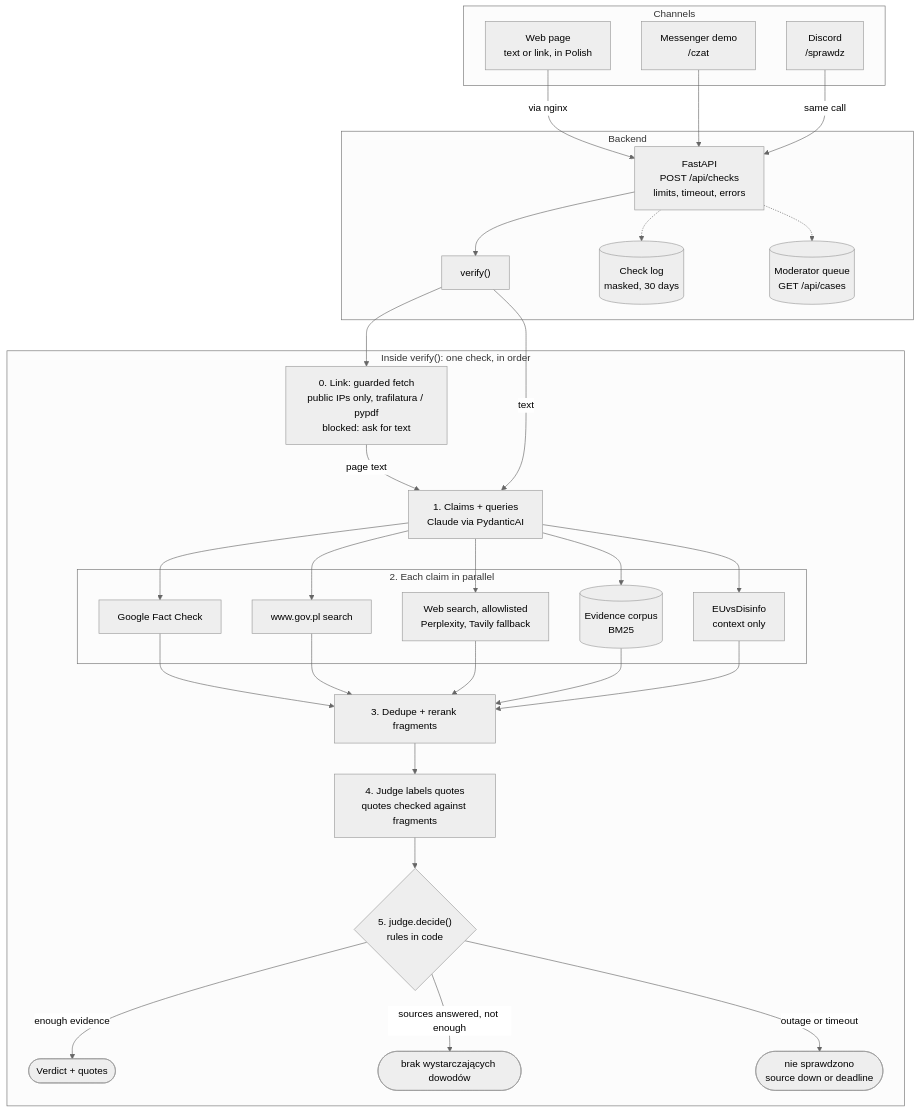
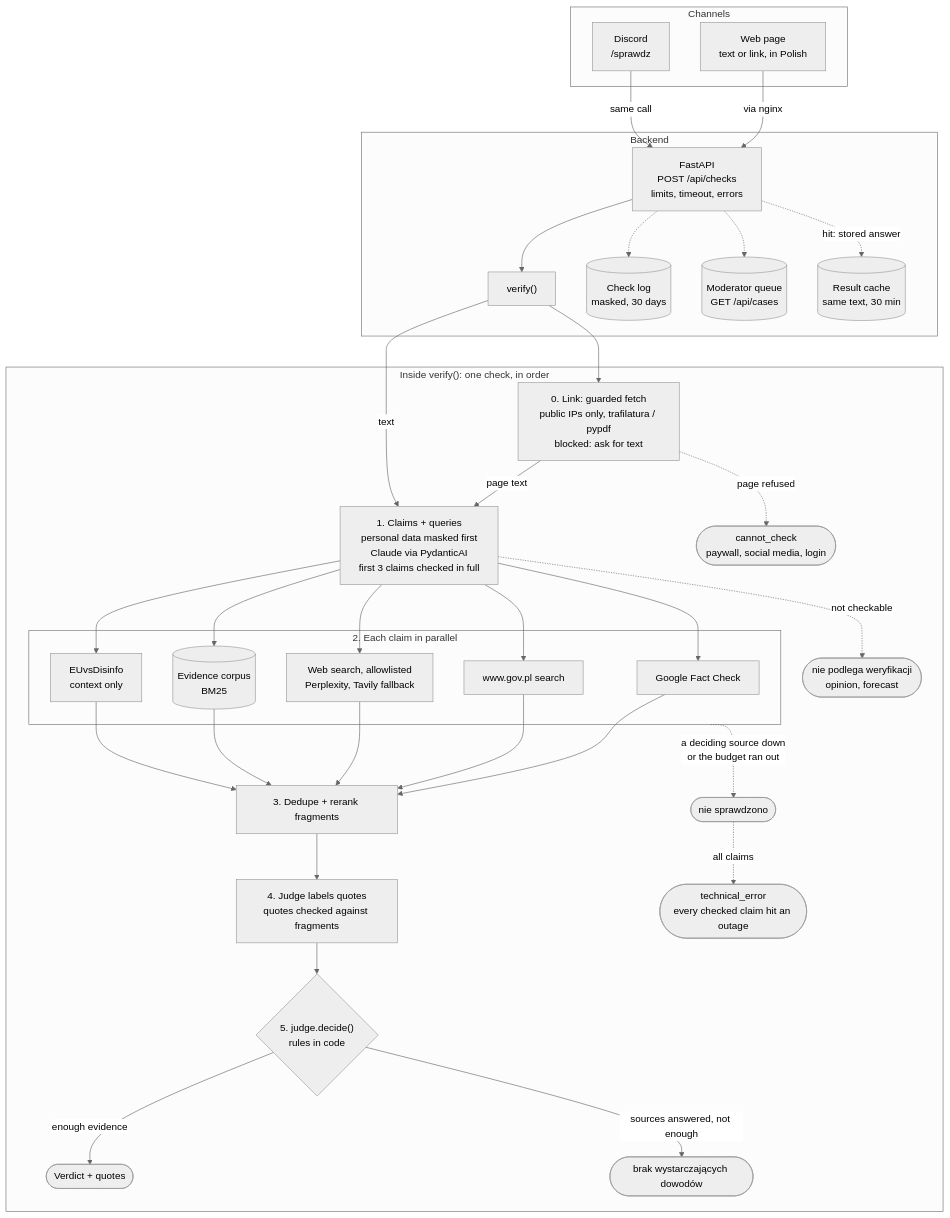
One commit to 00200200/HackNation2026 changed the diagram in README.md. Above: the diagram before and after it, drawn with Mermaid (neutral theme). The commit also changed 1 other file, not shown here.

Commit message:
README: architecture diagram matches the code
Drop the /czat node. nie sprawdzono comes from the lookups (a deciding
source down or the budget ran out), not from judge.decide(). Draw
masking before extraction, the 3-claim cap, the 30-minute result cache,
and the nie podlega weryfikacji, cannot_check and technical_error exits.

````diff
--- a/README.md
+++ b/README.md
@@ -55,52 +55,58 @@
 ```mermaid
 flowchart TB
     subgraph channels["Channels"]
         web["Web page<br/>text or link, in Polish"]
-        czat["Messenger demo<br/>/czat"]
         discord["Discord<br/>/sprawdz"]
     end
 
     subgraph backend["Backend"]
         api["FastAPI<br/>POST /api/checks<br/>limits, timeout, errors"]
         verify["verify()"]
         log[("Check log<br/>masked, 30 days")]
         cases[("Moderator queue<br/>GET /api/cases")]
+        cache[("Result cache<br/>same text, 30 min")]
     end
 
     web -- "via nginx" --> api
-    czat --> api
     discord -- "same call" --> api
     api --> verify
     api -.-> log
     api -.-> cases
+    api -. "hit: stored answer" .-> cache
 
     subgraph check["Inside verify(): one check, in order"]
         link["0. Link: guarded fetch<br/>public IPs only, trafilatura / pypdf<br/>blocked: ask for text"]
-        extract["1. Claims + queries<br/>Claude via PydanticAI"]
+        extract["1. Claims + queries<br/>personal data masked first<br/>Claude via PydanticAI<br/>first 3 claims checked in full"]
 
         subgraph sources["2. Each claim in parallel"]
             fc["Google Fact Check"]
             gov["www.gov.pl search"]
             ws["Web search, allowlisted<br/>Perplexity, Tavily fallback"]
             corpus[("Evidence corpus<br/>BM25")]
             eu["EUvsDisinfo<br/>context only"]
         end
 
         rerank["3. Dedupe + rerank fragments"]
         judge["4. Judge labels quotes<br/>quotes checked against fragments"]
         decide{"5. judge.decide()<br/>rules in code"}
         verdict(["Verdict + quotes"])
         insufficient(["brak wystarczających dowodów"])
-        notchecked(["nie sprawdzono<br/>source down or deadline"])
+        notchecked(["nie sprawdzono"])
+        notverifiable(["nie podlega weryfikacji<br/>opinion, forecast"])
+        cannotcheck(["cannot_check<br/>paywall, social media, login"])
+        techerror(["technical_error<br/>every checked claim hit an outage"])
     end
 
     verify --> link
     link -- "page text" --> extract
+    link -. "page refused" .-> cannotcheck
     verify -- "text" --> extract
     extract --> fc & gov & ws & corpus & eu
+    extract -. "not checkable" .-> notverifiable
     fc & gov & ws & corpus & eu --> rerank
     rerank --> judge --> decide
     decide -- "enough evidence" --> verdict
     decide -- "sources answered, not enough" --> insufficient
-    decide -- "outage or timeout" --> notchecked
+    sources -. "a deciding source down<br/>or the budget ran out" .-> notchecked
+    notchecked -. "all claims" .-> techerror
 ```
````
